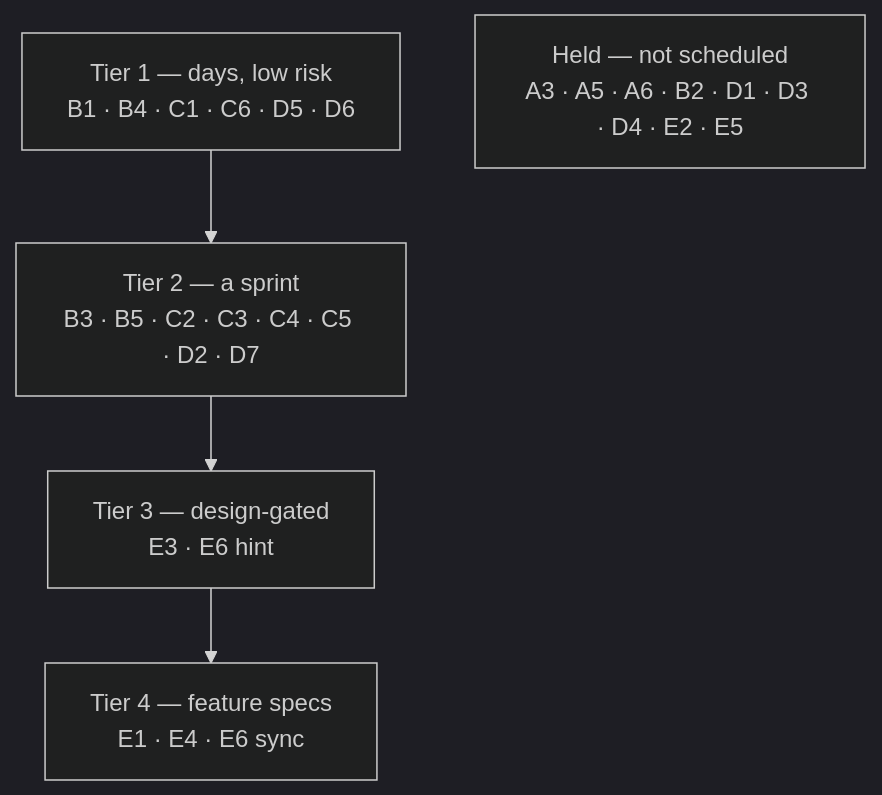
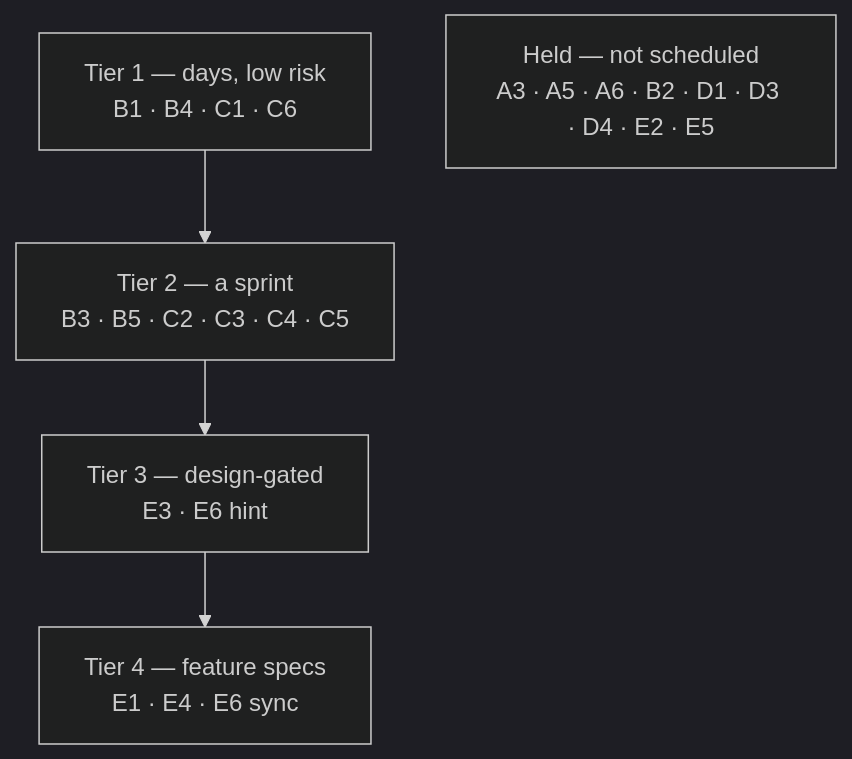
Before and after one commit to oncloudnintynineone-source/cloudy2: the third of 3 diagrams in docs/ui-ux-improvements.md, drawn with Mermaid (dark theme). The commit also changed other lines of this file and 19 other files, not shown here.

````diff
--- a/docs/ui-ux-improvements.md
+++ b/docs/ui-ux-improvements.md
@@ -532,7 +570,7 @@
 ```mermaid
 flowchart TD
-  T1["Tier 1 — days, low risk<br/>B1 · B4 · C1 · C6 · D5 · D6"] --> T2["Tier 2 — a sprint<br/>B3 · B5 · C2 · C3 · C4 · C5 · D2 · D7"]
+  T1["Tier 1 — days, low risk<br/>B1 · B4 · C1 · C6"] --> T2["Tier 2 — a sprint<br/>B3 · B5 · C2 · C3 · C4 · C5"]
   T2 --> T3["Tier 3 — design-gated<br/>E3 · E6 hint"]
   T3 --> T4["Tier 4 — feature specs<br/>E1 · E4 · E6 sync"]
   H["Held — not scheduled<br/>A3 · A5 · A6 · B2 · D1 · D3 · D4 · E2 · E5"]
 ```
````
